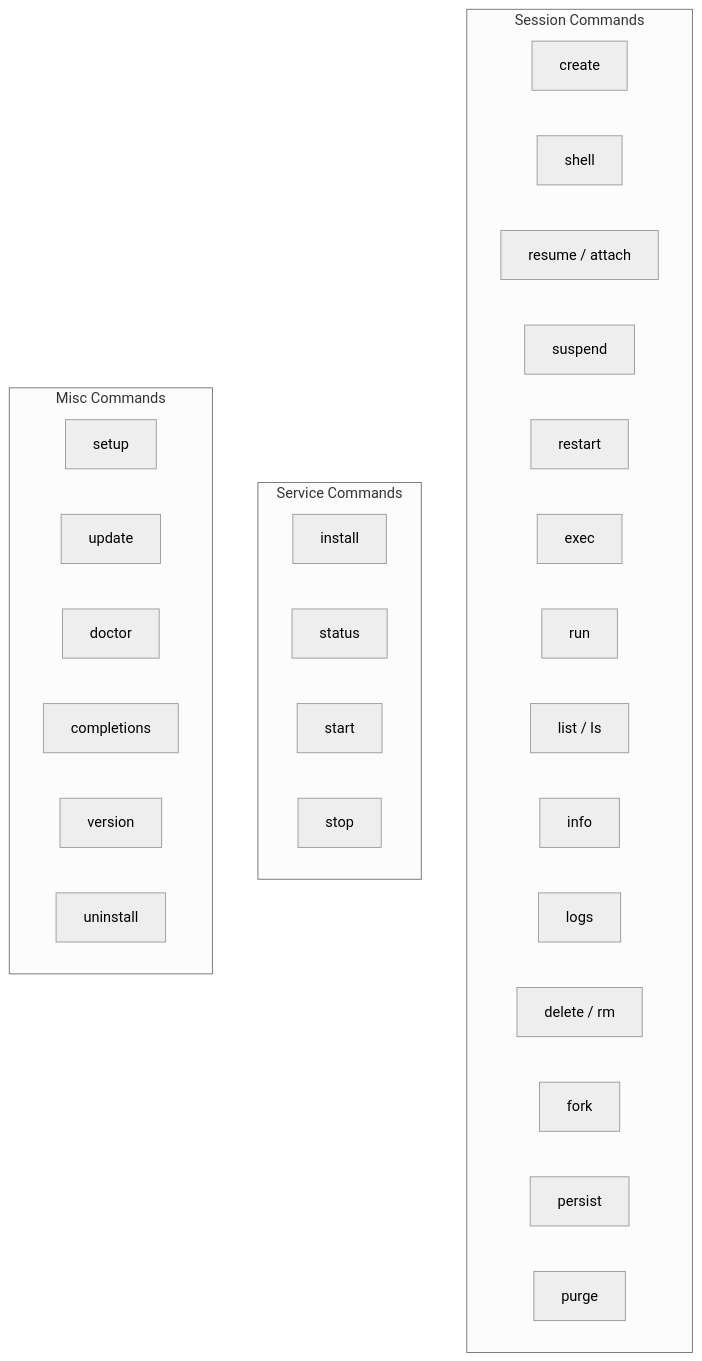
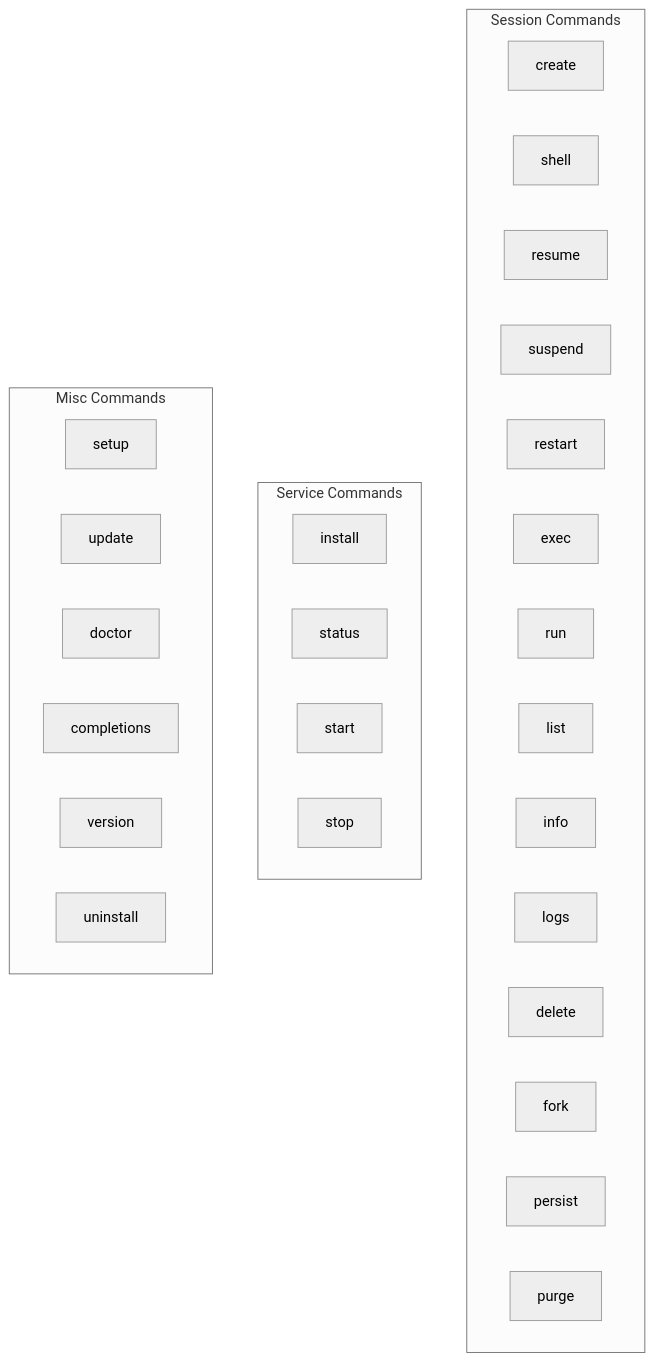
The first of 2 diagrams in docs/src/content/docs/usage/cli.md (google/capsem), drawn with Mermaid (neutral theme) before and after one commit. The commit also changed other lines of this file and 30 other files, not shown here.

````diff
--- a/docs/src/content/docs/usage/cli.md
+++ b/docs/src/content/docs/usage/cli.md
@@ -12,35 +12,35 @@
 ```mermaid
 graph TD
     subgraph "Session Commands"
         CREATE["create"]
         SHELL["shell"]
-        RESUME["resume / attach"]
+        RESUME["resume"]
         SUSPEND["suspend"]
         RESTART["restart"]
         EXEC["exec"]
         RUN["run"]
-        LIST["list / ls"]
+        LIST["list"]
         INFO["info"]
         LOGS["logs"]
-        DELETE["delete / rm"]
+        DELETE["delete"]
         FORK["fork"]
         PERSIST["persist"]
         PURGE["purge"]
     end
 
     subgraph "Service Commands"
         INSTALL["install"]
         STATUS["status"]
         START["start"]
         STOP["stop"]
     end
 
     subgraph "Misc Commands"
         SETUP["setup"]
         UPDATE["update"]
         DOCTOR["doctor"]
         COMPLETIONS["completions"]
         VERSION["version"]
         UNINSTALL["uninstall"]
     end
 ```
````
